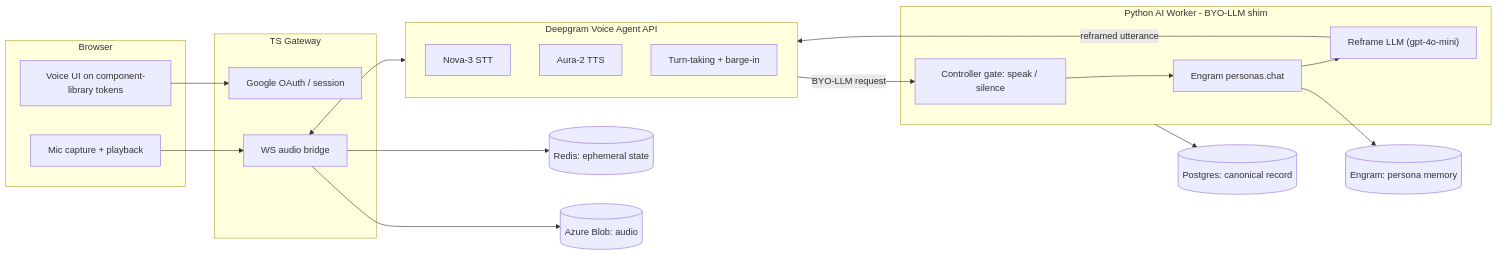
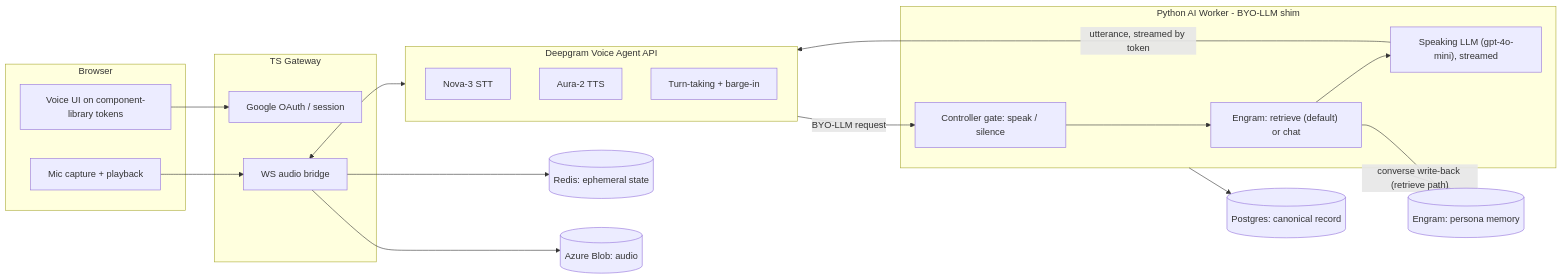
The first of 2 diagrams in docs/TRD.md (m-tauqueer/voice-bot), drawn with Mermaid before and after one commit. The commit also changed other lines of this file and 4 other files, not shown here.

````diff
--- a/docs/TRD.md
+++ b/docs/TRD.md
@@ -67,41 +67,42 @@
 ```mermaid
 flowchart LR
   subgraph client [Browser]
     mic["Mic capture + playback"]
     ui["Voice UI on component-library tokens"]
   end
 
   subgraph gw [TS Gateway]
     auth["Google OAuth / session"]
     bridge["WS audio bridge"]
   end
 
   subgraph dg [Deepgram Voice Agent API]
     stt["Nova-3 STT"]
     tts["Aura-2 TTS"]
     turns["Turn-taking + barge-in"]
   end
 
   subgraph worker [Python AI Worker - BYO-LLM shim]
     ctl["Controller gate: speak / silence"]
-    brain["Engram personas.chat"]
-    reframe["Reframe LLM (gpt-4o-mini)"]
+    brain["Engram: retrieve (default) or chat"]
+    reframe["Speaking LLM (gpt-4o-mini), streamed"]
   end
 
   redis[("Redis: ephemeral state")]
   pg[("Postgres: canonical record")]
   blob[("Azure Blob: audio")]
   engram[("Engram: persona memory")]
 
   mic --> bridge
   ui --> auth
   bridge <--> dg
   dg -->|"BYO-LLM request"| ctl
   ctl --> brain
   brain --> engram
   brain --> reframe
-  reframe -->|"reframed utterance"| dg
+  reframe -->|"utterance, streamed by token"| dg
+  worker -->|"converse write-back (retrieve path)"| engram
   bridge --> redis
   worker --> pg
   bridge --> blob
 ```
````
